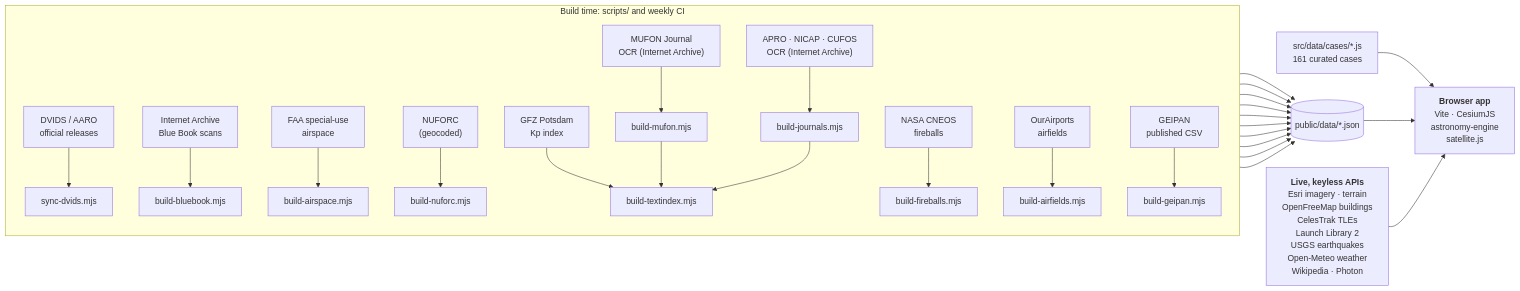
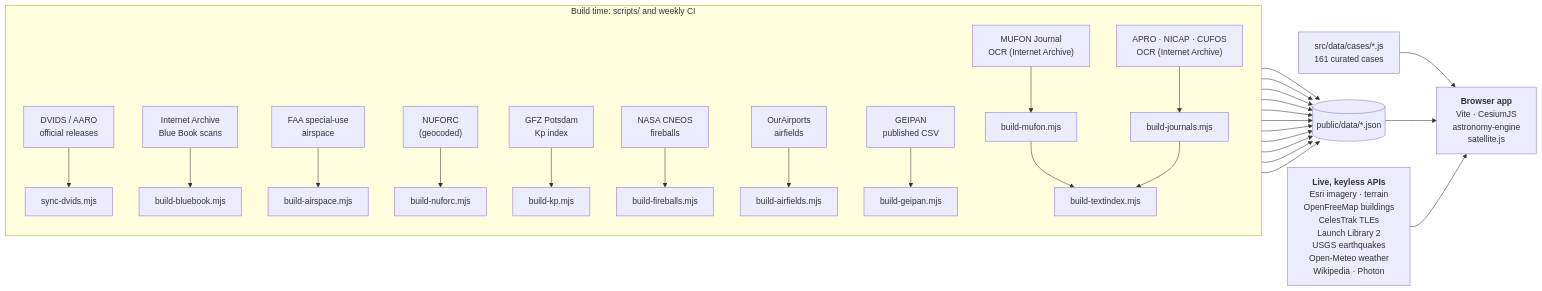
The diagram in README.md (domw99/Gods-Eye-UAPs), drawn with Mermaid before and after one commit. The commit also changed other lines of this file and 1 other file, not shown here.

First line of the commit message:
README: the build diagram drew the Kp and text-index scripts as one box; list B and P and the fireballs script

````diff
--- a/README.md
+++ b/README.md
@@ -387,21 +388,21 @@
 ```mermaid
 flowchart LR
   subgraph build["Build time: scripts/ and weekly CI"]
     direction TB
     DVIDS["DVIDS / AARO<br/>official releases"] --> S1["sync-dvids.mjs"]
     IA["Internet Archive<br/>Blue Book scans"] --> S2["build-bluebook.mjs"]
     FAA["FAA special-use<br/>airspace"] --> S3["build-airspace.mjs"]
     NUF["NUFORC<br/>(geocoded)"] --> S4["build-nuforc.mjs"]
     KP["GFZ Potsdam<br/>Kp index"] --> S8["build-kp.mjs"]
     FB["NASA CNEOS<br/>fireballs"] --> S10["build-fireballs.mjs"]
     OA["OurAirports<br/>airfields"] --> S9["build-airfields.mjs"]
     MUF["MUFON Journal<br/>OCR (Internet Archive)"] --> S5["build-mufon.mjs"]
     GEI["GEIPAN<br/>published CSV"] --> S6["build-geipan.mjs"]
     ARC["APRO · NICAP · CUFOS<br/>OCR (Internet Archive)"] --> S7["build-journals.mjs"]
-    S5 & S7 --> S8["build-textindex.mjs"]
+    S5 & S7 --> S11["build-textindex.mjs"]
   end
-  S1 & S2 & S3 & S4 & S5 & S6 & S7 & S8 & S9 & S10 --> DATA[("public/data/*.json")]
+  S1 & S2 & S3 & S4 & S5 & S6 & S7 & S8 & S9 & S10 & S11 --> DATA[("public/data/*.json")]
   CASES["src/data/cases/*.js<br/>161 curated cases"] --> APP
   DATA --> APP["<b>Browser app</b><br/>Vite · CesiumJS<br/>astronomy-engine<br/>satellite.js"]
   LIVE["<b>Live, keyless APIs</b><br/>Esri imagery · terrain<br/>OpenFreeMap buildings<br/>CelesTrak TLEs<br/>Launch Library 2<br/>USGS earthquakes<br/>Open-Meteo weather<br/>Wikipedia · Photon"] --> APP
 ```
````
